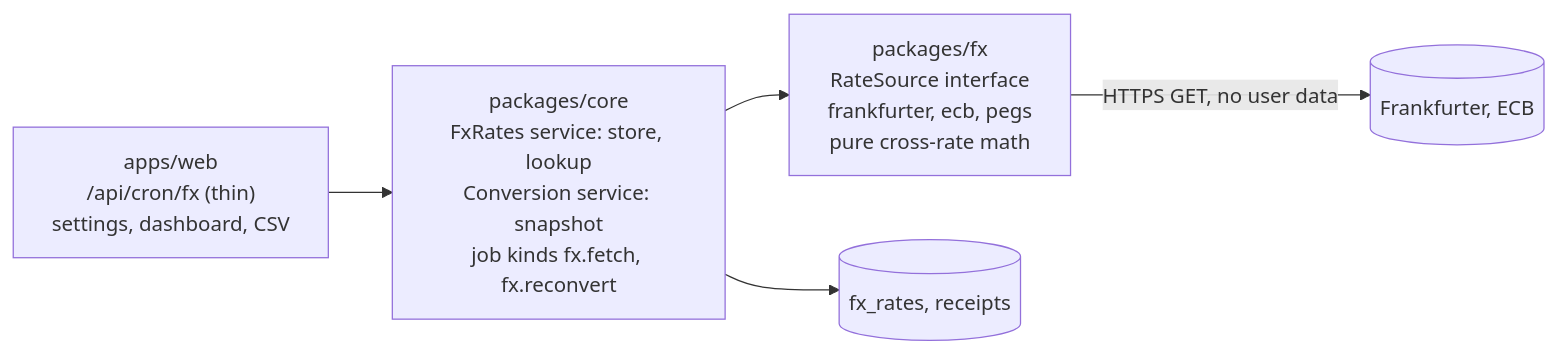
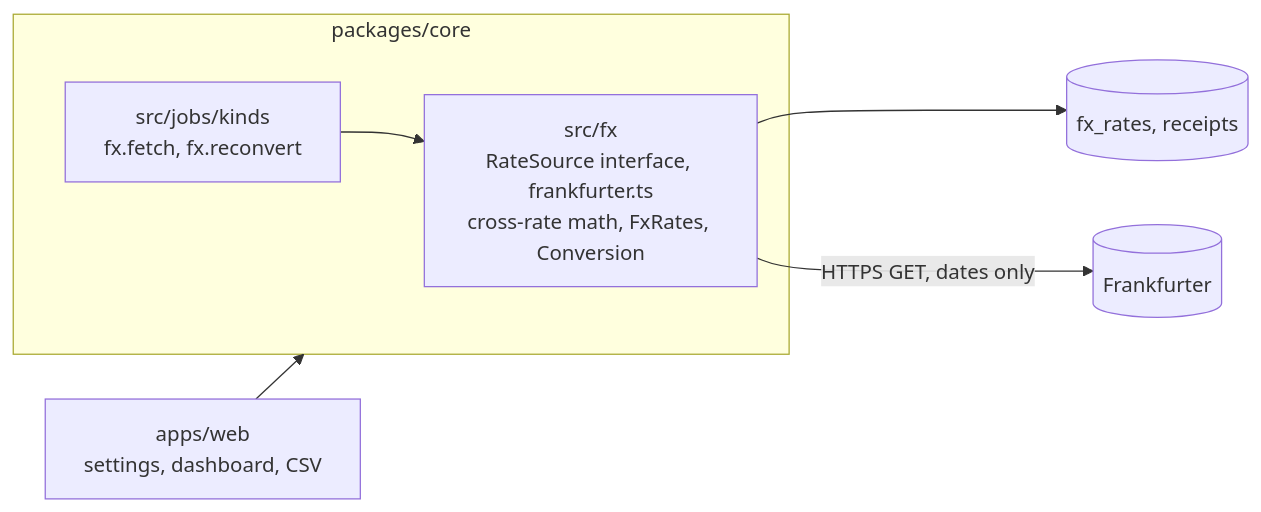
The fourth of 6 diagrams in docs/plans/2026-11-06-currencies-fx.md (bhimrazy/receipt-ocr-app), drawn with Mermaid before and after one commit. The commit also changed other lines of this file and 1 other file, not shown here.

````diff
--- a/docs/plans/2026-11-06-currencies-fx.md
+++ b/docs/plans/2026-11-06-currencies-fx.md
@@ -393,11 +456,14 @@
 ```mermaid
 flowchart LR
-  fx["packages/fx<br/>RateSource interface<br/>frankfurter, ecb, pegs<br/>pure cross-rate math"]
-  core["packages/core<br/>FxRates service: store, lookup<br/>Conversion service: snapshot<br/>job kinds fx.fetch, fx.reconvert"]
-  web["apps/web<br/>/api/cron/fx (thin)<br/>settings, dashboard, CSV"]
+  web["apps/web<br/>settings, dashboard, CSV"]
+  subgraph core["packages/core"]
+    fx["src/fx<br/>RateSource interface, frankfurter.ts<br/>cross-rate math, FxRates, Conversion"]
+    jobs["src/jobs/kinds<br/>fx.fetch, fx.reconvert"]
+  end
   db[(fx_rates, receipts)]
-  ext[(Frankfurter, ECB)]
-  web --> core --> fx
-  core --> db
-  fx -- "HTTPS GET, no user data" --> ext
+  ext[(Frankfurter)]
+  web --> core
+  jobs --> fx
+  fx --> db
+  fx -- "HTTPS GET, dates only" --> ext
 ```
````
